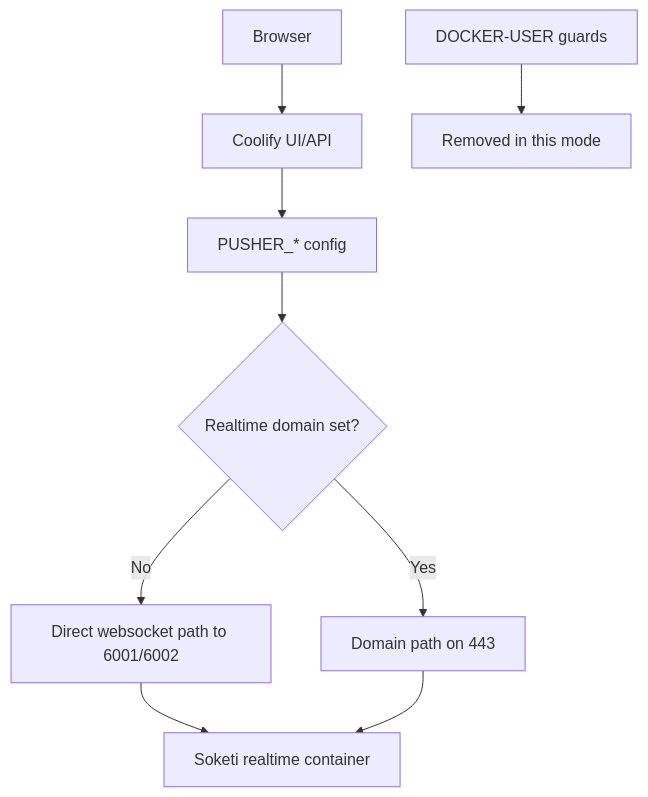
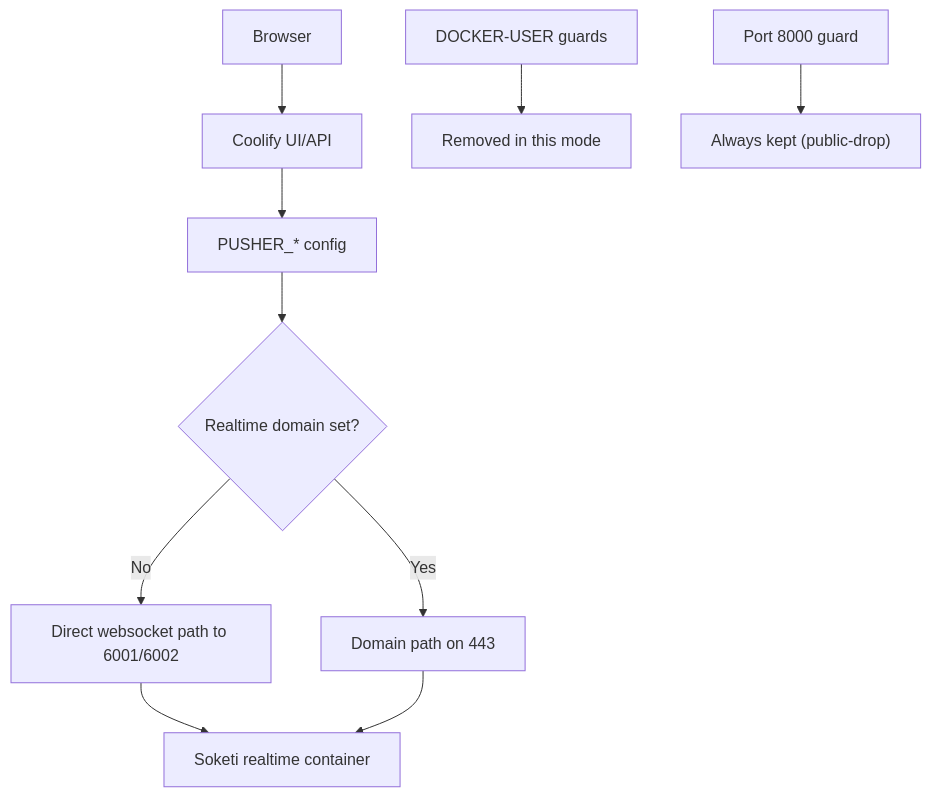
The first of 2 diagrams in docs/vps-coolify-realtime-modes.md (rigu/vps-coolify-bootstrap), drawn with Mermaid before and after one commit. The commit also changed other lines of this file and 9 other files, not shown here.

````diff
--- a/docs/vps-coolify-realtime-modes.md
+++ b/docs/vps-coolify-realtime-modes.md
@@ -41,11 +45,12 @@
 ```mermaid
 flowchart TD
   A["Browser"] --> B["Coolify UI/API"]
   B --> C["PUSHER_* config"]
   C --> D{"Realtime domain set?"}
   D -->|No| E["Direct websocket path to 6001/6002"]
   D -->|Yes| F["Domain path on 443"]
   E --> G["Soketi realtime container"]
   F --> G
   H["DOCKER-USER guards"] --> I["Removed in this mode"]
+  J["Port 8000 guard"] --> K["Always kept (public-drop)"]
 ```
````
